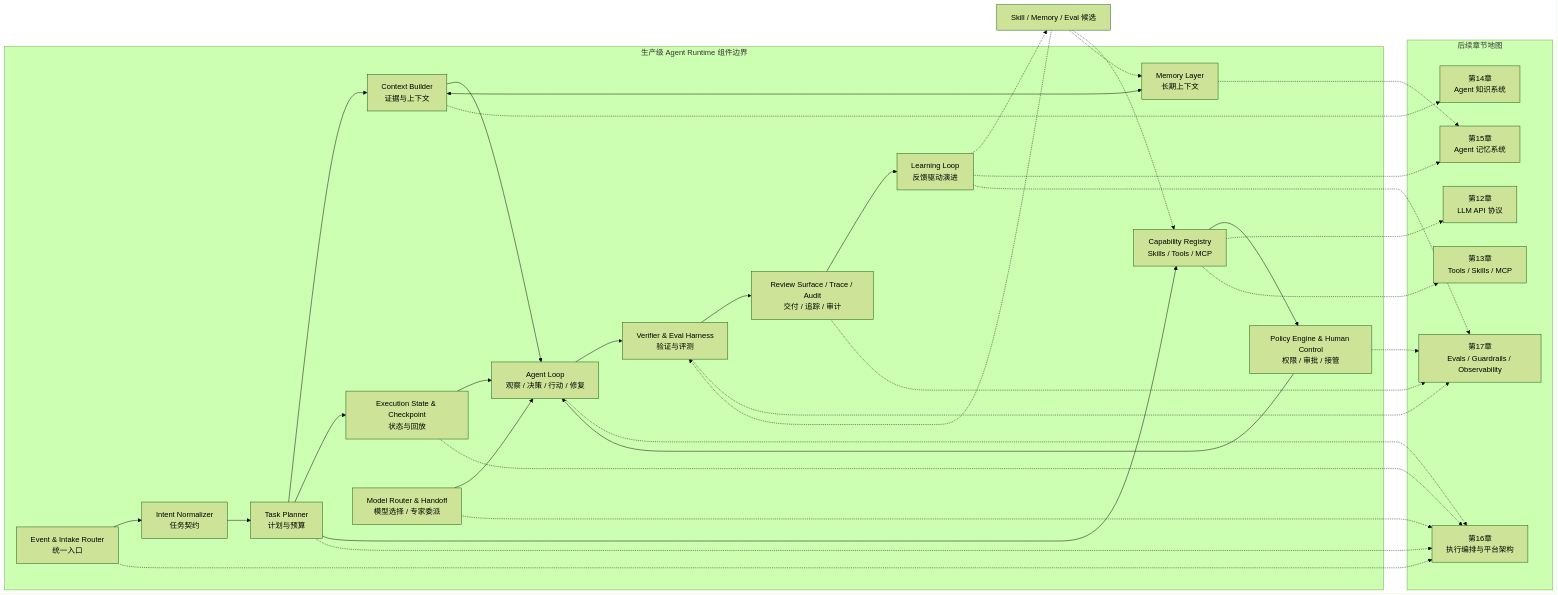
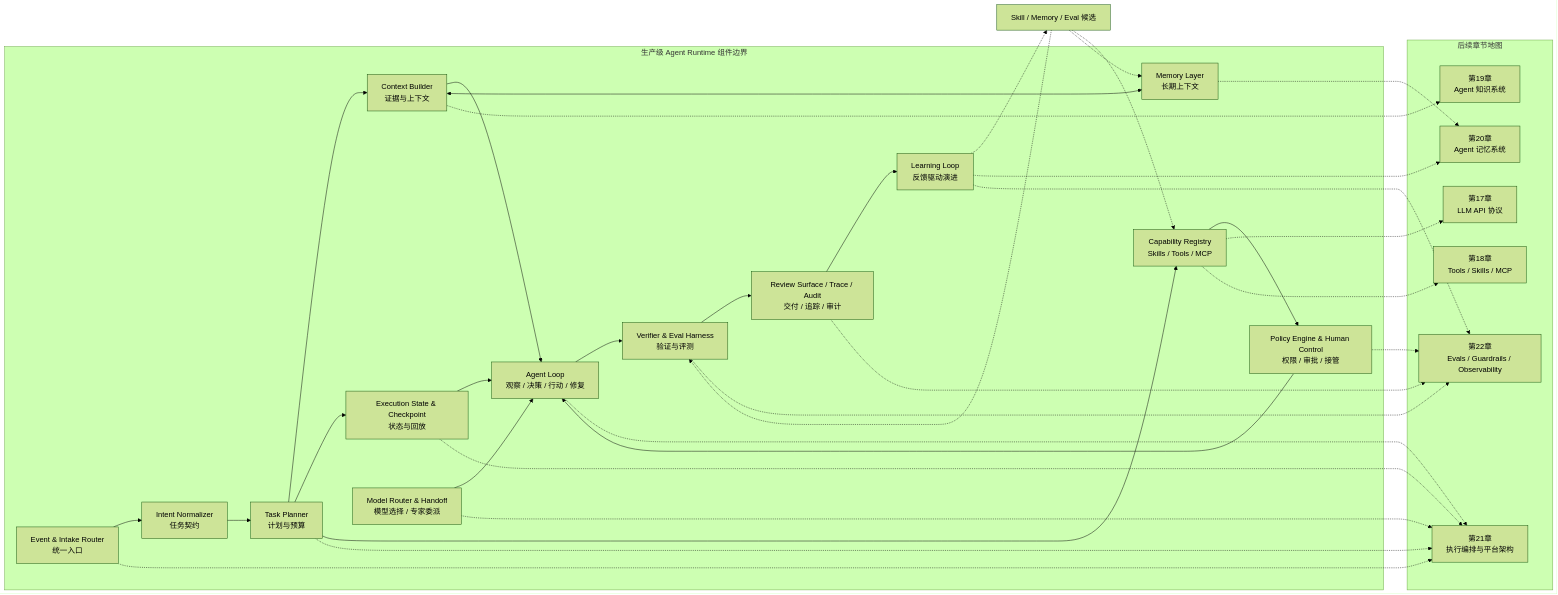
Before and after one commit to wxquare/wxquare.github.io: the eighth of 25 diagrams in books/ai-book/src/part2/01-agent-architecture.md, drawn with Mermaid (forest theme). The commit also changed other lines of this file and 10 other files, not shown here.

````diff
--- a/books/ai-book/src/part2/01-agent-architecture.md
+++ b/books/ai-book/src/part2/01-agent-architecture.md
@@ -767,55 +767,55 @@
 ```mermaid
 flowchart LR
     subgraph Runtime["生产级 Agent Runtime 组件边界"]
         Intake["Event & Intake Router<br/>统一入口"]
         Intent["Intent Normalizer<br/>任务契约"]
         Planner["Task Planner<br/>计划与预算"]
         Context["Context Builder<br/>证据与上下文"]
         Memory["Memory Layer<br/>长期上下文"]
         State["Execution State & Checkpoint<br/>状态与回放"]
         Capability["Capability Registry<br/>Skills / Tools / MCP"]
         Policy["Policy Engine & Human Control<br/>权限 / 审批 / 接管"]
         Loop["Agent Loop<br/>观察 / 决策 / 行动 / 修复"]
         Router["Model Router & Handoff<br/>模型选择 / 专家委派"]
         Verify["Verifier & Eval Harness<br/>验证与评测"]
         Review["Review Surface / Trace / Audit<br/>交付 / 追踪 / 审计"]
         Learn["Learning Loop<br/>反馈驱动演进"]
     end
 
     subgraph Chapters["后续章节地图"]
-        C6["第12章<br/>LLM API 协议"]
-        C7["第13章<br/>Tools / Skills / MCP"]
-        C8["第14章<br/>Agent 知识系统"]
-        C9["第15章<br/>Agent 记忆系统"]
-        C10["第16章<br/>执行编排与平台架构"]
-        C11["第17章<br/>Evals / Guardrails / Observability"]
+        C6["第17章<br/>LLM API 协议"]
+        C7["第18章<br/>Tools / Skills / MCP"]
+        C8["第19章<br/>Agent 知识系统"]
+        C9["第20章<br/>Agent 记忆系统"]
+        C10["第21章<br/>执行编排与平台架构"]
+        C11["第22章<br/>Evals / Guardrails / Observability"]
     end
 
     Intake --> Intent --> Planner --> Context --> Loop --> Verify --> Review
     Context <--> Memory
     Planner --> State
     State --> Loop
     Planner --> Capability
     Capability --> Policy --> Loop
     Router --> Loop
     Review --> Learn
     Learn -.-> SkillUpdate["Skill / Memory / Eval 候选"]
     SkillUpdate -.-> Capability
     SkillUpdate -.-> Memory
     SkillUpdate -.-> Verify
 
     Capability -.-> C6
     Capability -.-> C7
     Context -.-> C8
     Memory -.-> C9
     Intake -.-> C10
     Planner -.-> C10
     State -.-> C10
     Loop -.-> C10
     Router -.-> C10
     Policy -.-> C11
     Verify -.-> C11
     Review -.-> C11
     Learn -.-> C9
     Learn -.-> C11
 ```
````
